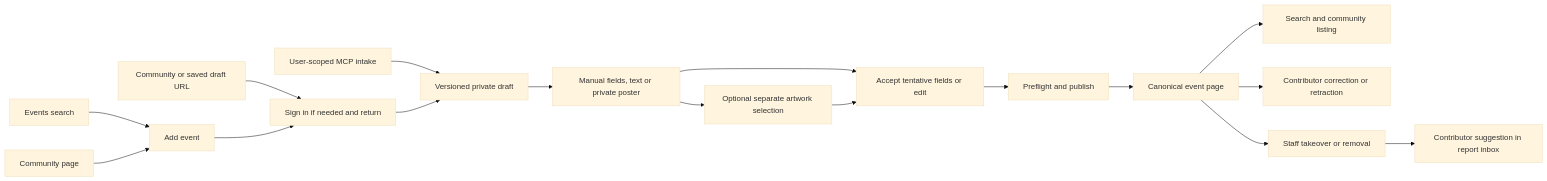
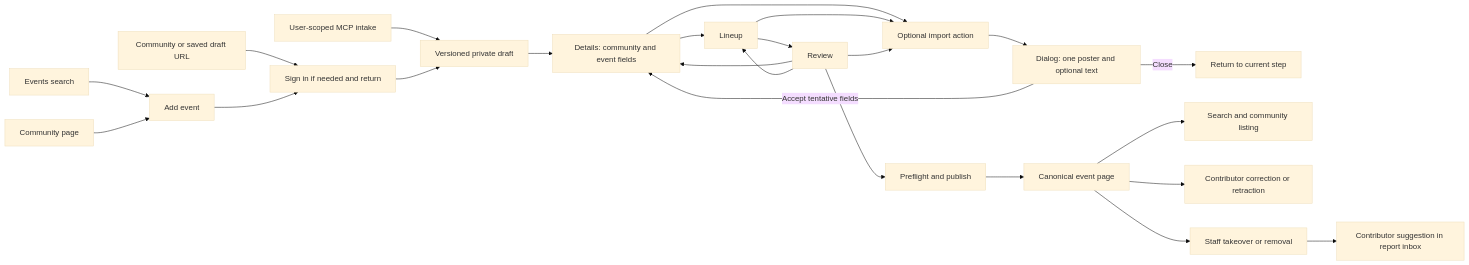
One commit to BASIC-BIT/VRDex changed the diagram in docs/testing/event-intake-checkpoint.md. Above: the diagram before and after it, drawn with Mermaid (base theme). The commit also changed other lines of this file and 31 other files, not shown here.

Commit message:
feat(events): support optional staff end times in event wizard

````diff
--- a/docs/testing/event-intake-checkpoint.md
+++ b/docs/testing/event-intake-checkpoint.md
@@ -74,19 +74,26 @@
 ```mermaid
 flowchart LR
   Search[Events search] --> Add[Add event]
   Community[Community page] --> Add
   Direct[Community or saved draft URL] --> SignIn[Sign in if needed and return]
   Add --> SignIn
   MCP[User-scoped MCP intake] --> Draft[Versioned private draft]
   SignIn --> Draft
-  Draft --> Source[Manual fields, text or private poster]
-  Source --> Review[Accept tentative fields or edit]
-  Source --> Art[Optional separate artwork selection]
-  Art --> Review
+  Draft --> Details[Details: community and event fields]
+  Details --> Import[Optional import action]
+  Lineup --> Import
+  Review --> Import
+  Import --> Modal[Dialog: one poster and optional text]
+  Modal -->|Accept tentative fields| Details
+  Modal -->|Close| Current[Return to current step]
+  Details --> Lineup[Lineup]
+  Lineup --> Review[Review]
+  Review --> Details
+  Review --> Lineup
   Review --> Publish[Preflight and publish]
   Publish --> Event[Canonical event page]
   Event --> Readback[Search and community listing]
   Event --> Own[Contributor correction or retraction]
   Event --> Staff[Staff takeover or removal]
   Staff --> Suggest[Contributor suggestion in report inbox]
 ```
````
